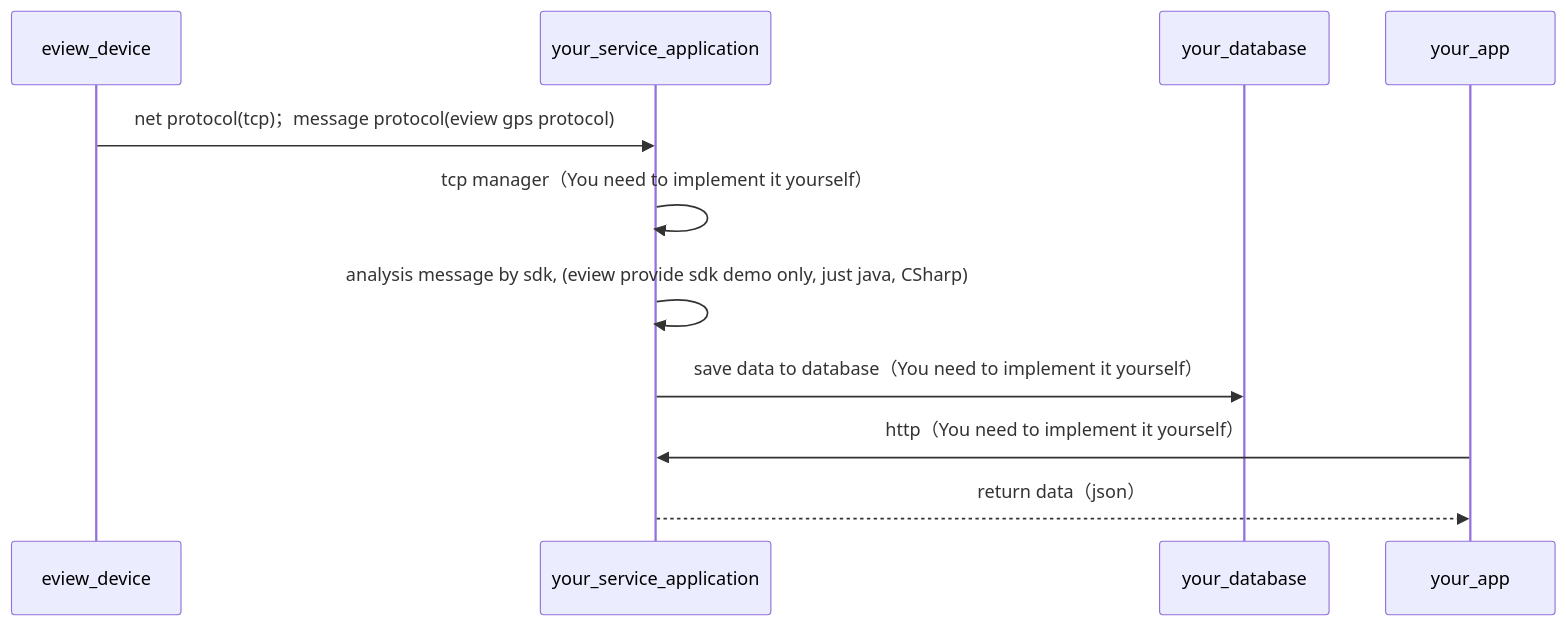
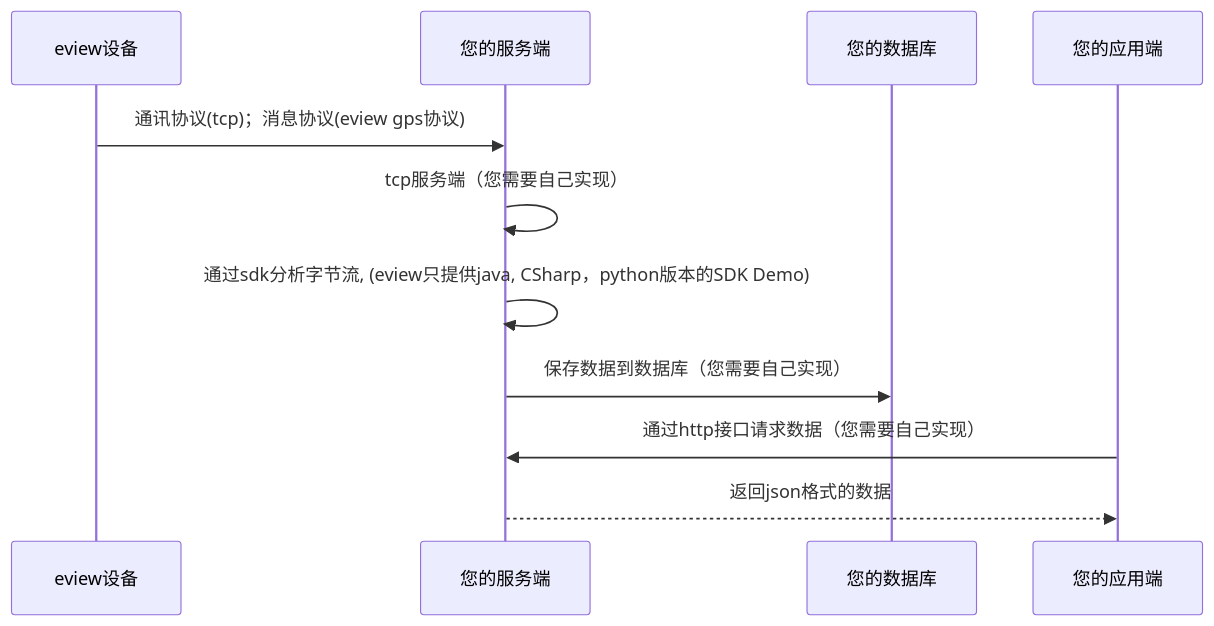
The diagram in src/zh/sequenceDiagram/sdk-demo.md (zeje/EviewCloudDoc), drawn with Mermaid before and after one commit. The commit also changed 39 other files, not shown here.

````diff
--- a/src/zh/sequenceDiagram/sdk-demo.md
+++ b/src/zh/sequenceDiagram/sdk-demo.md
@@ -1,17 +1,17 @@
 ```mermaid
 
 sequenceDiagram
 
-    participant device as eview_device
-    participant server as your_service_application
-    participant db as your_database
-    participant app as your_app
+    participant device as eview设备
+    participant server as 您的服务端
+    participant db as 您的数据库
+    participant app as 您的应用端
 
-    device ->> server: net protocol(tcp)；message protocol(eview gps protocol)
-    server ->> server: tcp manager（You need to implement it yourself）
-    server ->> server: analysis message by sdk, (eview provide sdk demo only, just java, CSharp)
-    server ->> db: save data to database（You need to implement it yourself）
-    app ->> server : http（You need to implement it yourself）
-    server -->> app: return data（json）
+    device ->> server: 通讯协议(tcp)；消息协议(eview gps协议)
+    server ->> server: tcp服务端（您需要自己实现）
+    server ->> server: 通过sdk分析字节流, (eview只提供java, CSharp，python版本的SDK Demo)
+    server ->> db: 保存数据到数据库（您需要自己实现）
+    app ->> server : 通过http接口请求数据（您需要自己实现）
+    server -->> app: 返回json格式的数据
 
 ```
````
